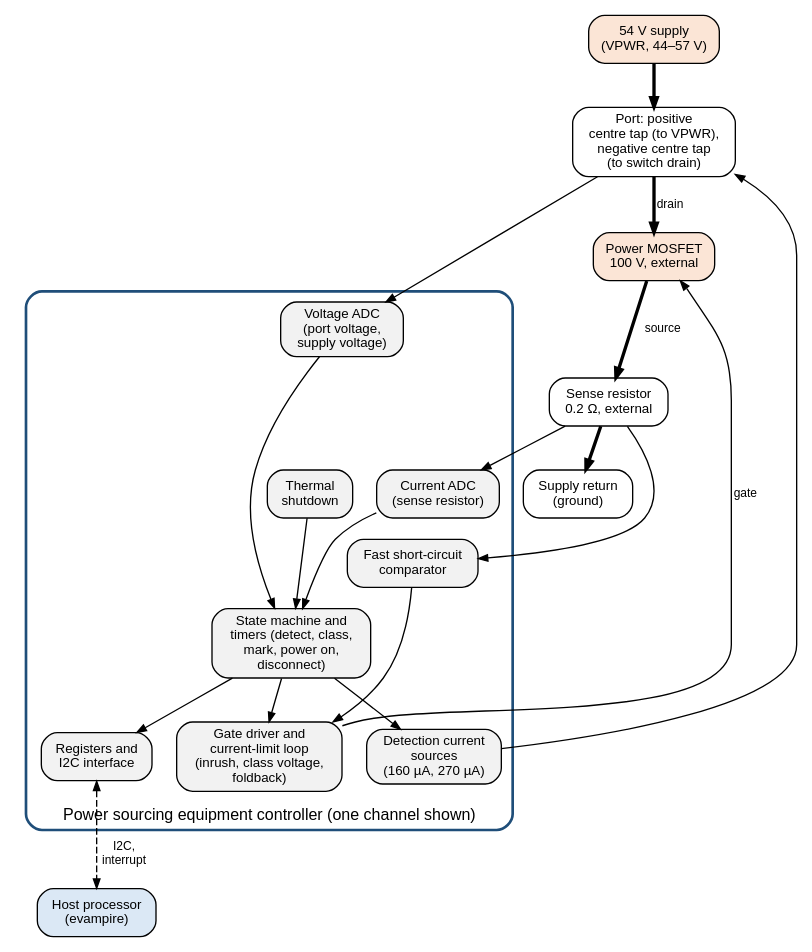
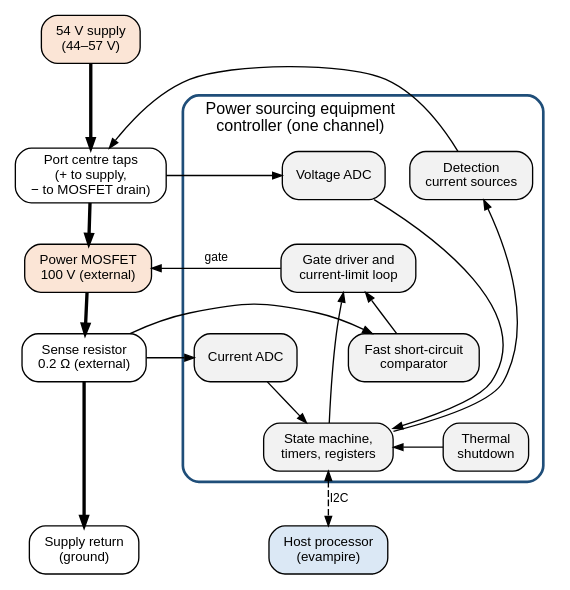
The diagram in docs/power/poe/pse-controller.dot (mithro/evampire), drawn with Graphviz before and after one commit. The commit also changed 5 other files, not shown here.

First line of the commit message:
Fit the Power over Ethernet diagrams to the page width

```diff
--- a/docs/power/poe/pse-controller.dot
+++ b/docs/power/poe/pse-controller.dot
@@ -1,53 +1,59 @@
 // One channel of a power sourcing equipment controller (low-side switch
 // arrangement, as in the TI TPS2388x family). Bold arrows: power path.
 // Thin arrows: measurement and control. Dashed arrows: host interface.
 //
 // SPDX-License-Identifier: Apache-2.0
 
 digraph pse_controller {
     graph [rankdir=TB, fontname="Helvetica", fontsize=12, nodesep=0.25,
-           ranksep=0.45, newrank=true];
+           ranksep=0.4, newrank=true];
     node  [shape=box, style="rounded,filled", fillcolor="#f2f2f2",
            fontname="Helvetica", fontsize=10];
     edge  [fontname="Helvetica", fontsize=9, arrowsize=0.7];
 
-    vpwr  [label="54 V supply\n(VPWR, 44–57 V)", fillcolor="#fbe5d6"];
-    port  [label="Port: positive\ncentre tap (to VPWR),\nnegative centre tap\n(to switch drain)", fillcolor="#ffffff"];
-    fet   [label="Power MOSFET\n100 V, external", fillcolor="#fbe5d6"];
-    rsns  [label="Sense resistor\n0.2 Ω, external", fillcolor="#ffffff"];
-    gnd   [label="Supply return\n(ground)", fillcolor="#ffffff"];
-    host  [label="Host processor\n(evampire)", fillcolor="#dbe8f5"];
+    // External power path.
+    vpwr [label="54 V supply\n(44–57 V)", fillcolor="#fbe5d6"];
+    port [label="Port centre taps\n(+ to supply,\n− to MOSFET drain)", fillcolor="#ffffff"];
+    fet  [label="Power MOSFET\n100 V (external)", fillcolor="#fbe5d6"];
+    rsns [label="Sense resistor\n0.2 Ω (external)", fillcolor="#ffffff"];
+    gnd  [label="Supply return\n(ground)", fillcolor="#ffffff"];
+    host [label="Host processor\n(evampire)", fillcolor="#dbe8f5"];
 
     subgraph cluster_ic {
-        label="Power sourcing equipment controller (one channel shown)";
-        labelloc="b"; style="rounded,bold"; color="#1f4e79";
+        label="Power sourcing equipment\ncontroller (one channel)";
+        labelloc="t"; labeljust="l"; style="rounded,bold"; color="#1f4e79";
 
-        det   [label="Detection current\nsources\n(160 µA, 270 µA)"];
-        vadc  [label="Voltage ADC\n(port voltage,\nsupply voltage)"];
-        iadc  [label="Current ADC\n(sense resistor)"];
-        gate  [label="Gate driver and\ncurrent-limit loop\n(inrush, class voltage,\nfoldback)"];
+        det   [label="Detection\ncurrent sources"];
+        vadc  [label="Voltage ADC"];
+        logic [label="State machine,\ntimers, registers"];
+        temp  [label="Thermal\nshutdown"];
+        gate  [label="Gate driver and\ncurrent-limit loop"];
+        iadc  [label="Current ADC"];
         fast  [label="Fast short-circuit\ncomparator"];
-        logic [label="State machine and\ntimers (detect, class,\nmark, power on,\ndisconnect)"];
-        regs  [label="Registers and\nI2C interface"];
-        temp  [label="Thermal\nshutdown"];
     }
 
+    { rank=same; vpwr; }
+    { rank=same; port; det; vadc; }
+    { rank=same; logic; temp; }
+    { rank=same; fet; gate; }
+    { rank=same; rsns; iadc; fast; }
+    { rank=same; gnd; host; }
+
     vpwr -> port [penwidth=2.5];
-    port -> fet  [penwidth=2.5, label="drain"];
-    fet  -> rsns [penwidth=2.5, label="source"];
+    port -> fet  [penwidth=2.5];
+    fet  -> rsns [penwidth=2.5];
     rsns -> gnd  [penwidth=2.5];
 
-    det  -> port;
-    port -> vadc;
-    rsns -> iadc;
-    rsns -> fast;
-    gate -> fet  [label="gate"];
-    fast -> gate;
-    vadc -> logic;
-    iadc -> logic;
-    temp -> logic;
-    logic -> det;
+    det   -> port;
+    port  -> vadc [constraint=false];
+    vadc  -> logic;
+    det   -> logic [dir=back];
+    temp  -> logic [constraint=false];
     logic -> gate;
-    logic -> regs;
-    regs -> host [style=dashed, dir=both, label="I2C,\ninterrupt"];
+    gate  -> fet  [constraint=false, label="gate"];
+    rsns  -> iadc [constraint=false];
+    rsns  -> fast [constraint=false];
+    iadc  -> logic;
+    fast  -> gate;
+    logic -> host [style=dashed, dir=both, label="I2C"];
 }
```
